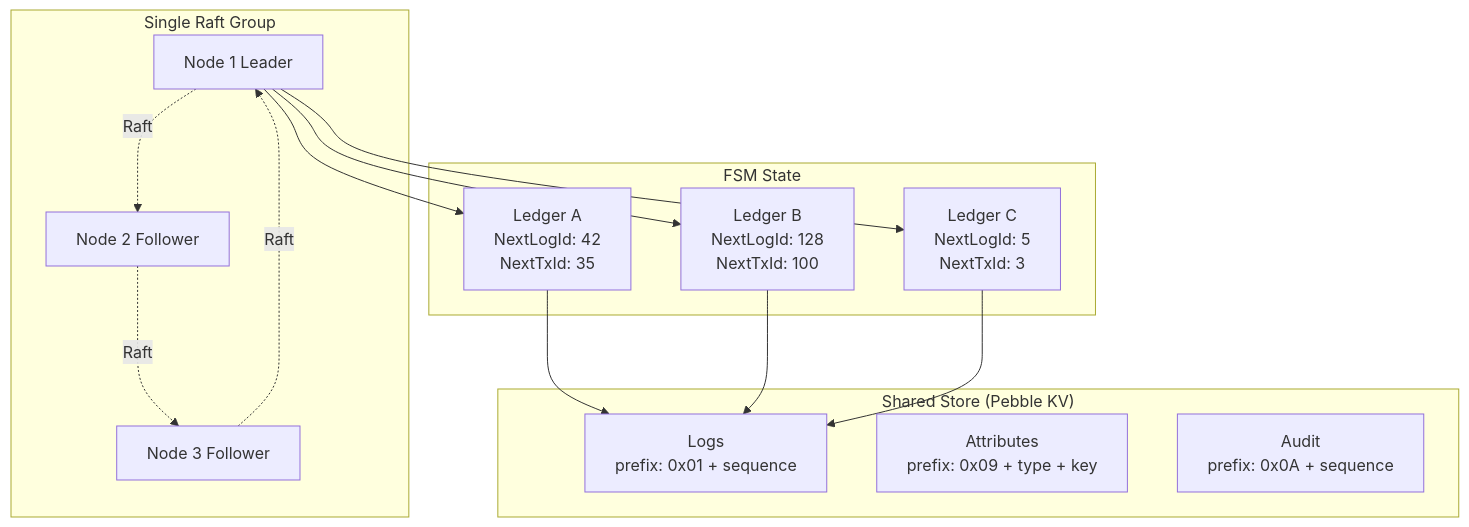
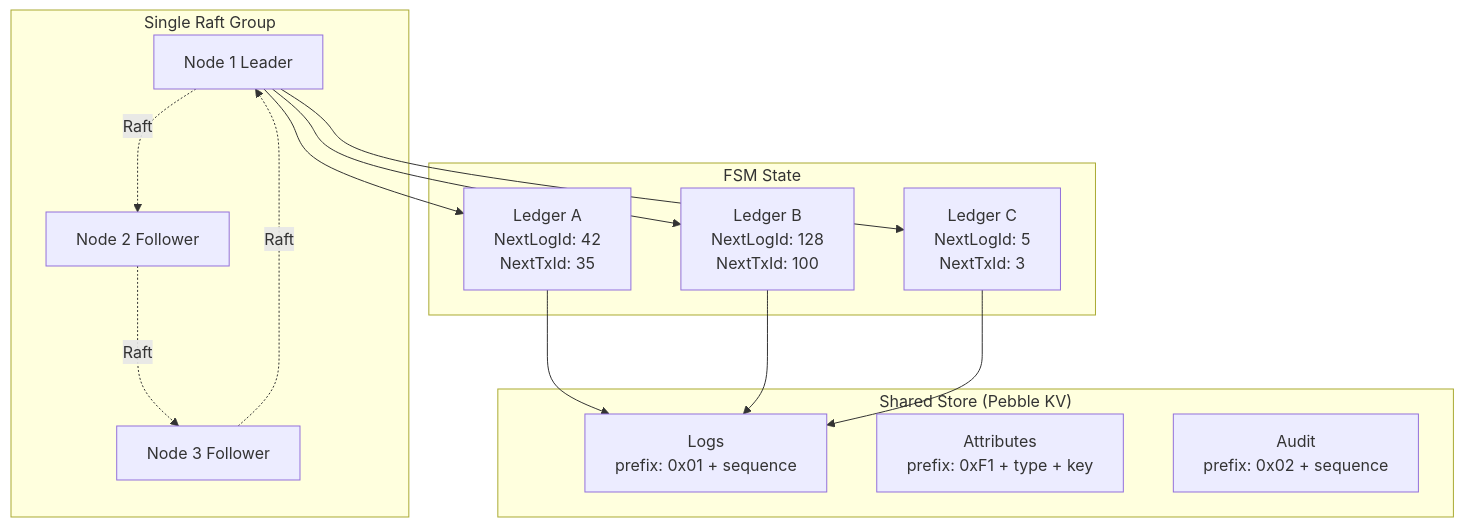
One commit to formancehq/ledger changed the first of 4 diagrams in docs/architecture/buckets-ledgers.md. Above: the diagram before and after it, drawn with Mermaid. The commit also changed 53 other files, not shown here.

````diff
--- a/docs/architecture/buckets-ledgers.md
+++ b/docs/architecture/buckets-ledgers.md
@@ -9,32 +9,32 @@
 ```mermaid
 graph TB
     subgraph "Single Raft Group"
         N1[Node 1 Leader]
         N2[Node 2 Follower]
         N3[Node 3 Follower]
     end
     
     subgraph "FSM State"
         LedgerA[Ledger A<br/>NextLogId: 42<br/>NextTxId: 35]
         LedgerB[Ledger B<br/>NextLogId: 128<br/>NextTxId: 100]
         LedgerC[Ledger C<br/>NextLogId: 5<br/>NextTxId: 3]
     end
     
     subgraph "Shared Store (Pebble KV)"
         Logs[Logs<br/>prefix: 0x01 + sequence]
-        Attributes[Attributes<br/>prefix: 0x09 + type + key]
-        Audit[Audit<br/>prefix: 0x0A + sequence]
+        Attributes[Attributes<br/>prefix: 0xF1 + type + key]
+        Audit[Audit<br/>prefix: 0x02 + sequence]
     end
     
     N1 -.Raft.-> N2
     N2 -.Raft.-> N3
     N3 -.Raft.-> N1
     
     N1 --> LedgerA
     N1 --> LedgerB
     N1 --> LedgerC
     
     LedgerA --> Logs
     LedgerB --> Logs
     LedgerC --> Logs
 ```
````
